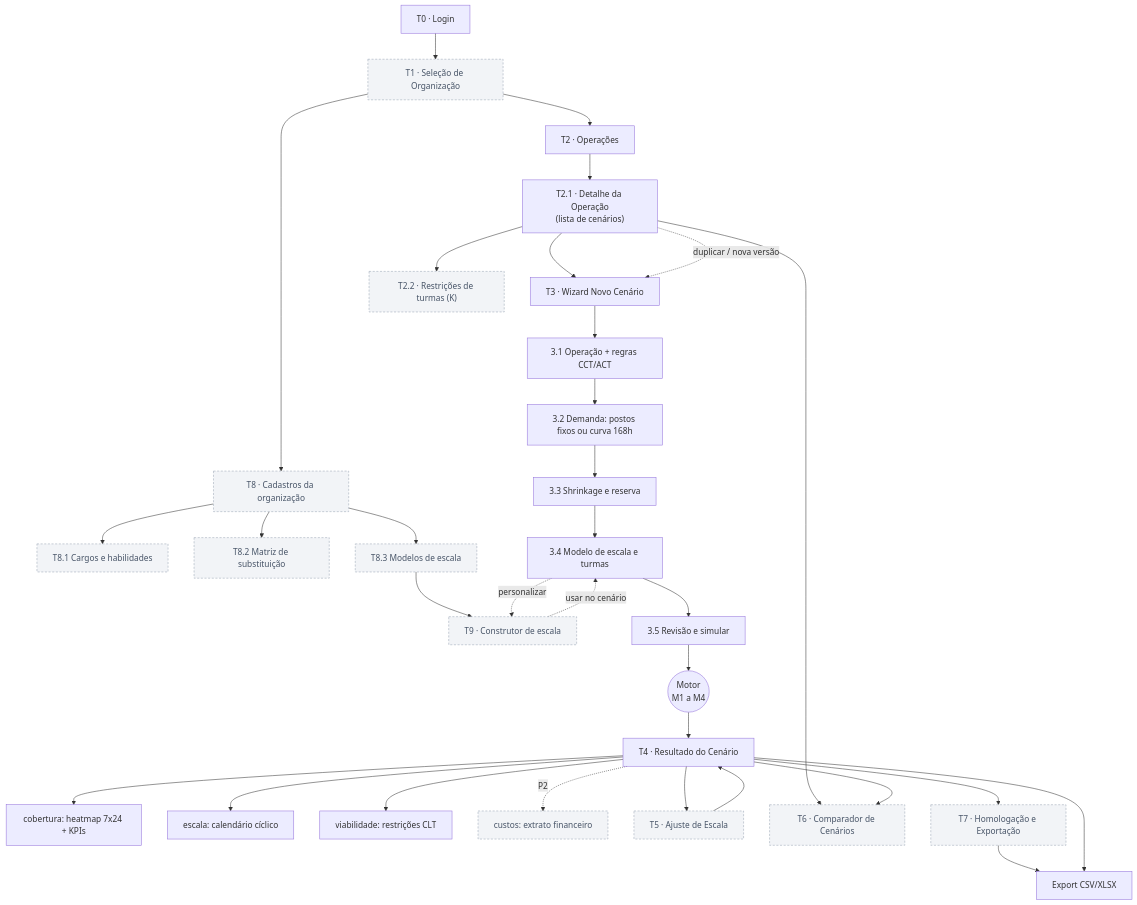
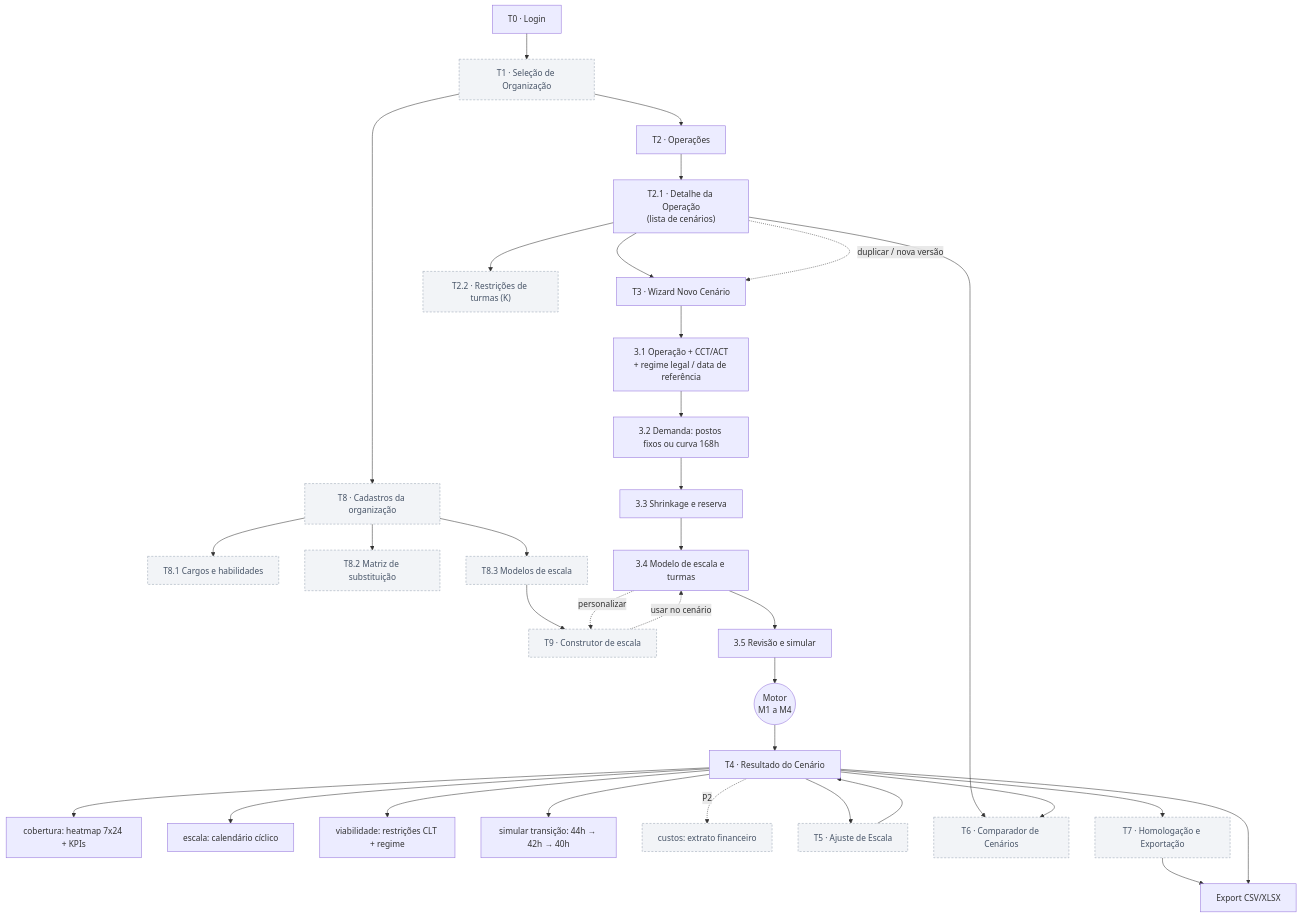
One commit to thgterto/Ferramentas-Web changed the first of 9 diagrams in docs/simulador-escalas/03-fluxo-do-app.md. Above: the diagram before and after it, drawn with Mermaid. The commit also changed other lines of this file and 6 other files, not shown here.

First line of the commit message:
docs: v3.4 - regras da transição pós-6x1 (regime legal versionado 44h/42h/40h)

````diff
--- a/docs/simulador-escalas/03-fluxo-do-app.md
+++ b/docs/simulador-escalas/03-fluxo-do-app.md
@@ -12,36 +12,37 @@
 ```mermaid
 flowchart TD
     L["T0 · Login"] --> ORG["T1 · Seleção de Organização"]
     ORG --> PROJ["T2 · Operações"]
     PROJ --> OP["T2.1 · Detalhe da Operação<br/>(lista de cenários)"]
     OP --> WIZ["T3 · Wizard Novo Cenário"]
     OP --> RK["T2.2 · Restrições de turmas (K)"]
     ORG --> CAD["T8 · Cadastros da organização"]
     CAD --> C1["T8.1 Cargos e habilidades"]
     CAD --> C2["T8.2 Matriz de substituição"]
     CAD --> C3["T8.3 Modelos de escala"]
     C3 --> CB["T9 · Construtor de escala"]
     W4 -. "personalizar" .-> CB
     CB -. "usar no cenário" .-> W4
-    WIZ --> W1["3.1 Operação + regras CCT/ACT"]
+    WIZ --> W1["3.1 Operação + CCT/ACT<br/>+ regime legal / data de referência"]
     W1 --> W2["3.2 Demanda: postos fixos ou curva 168h"]
     W2 --> W3["3.3 Shrinkage e reserva"]
     W3 --> W4["3.4 Modelo de escala e turmas"]
     W4 --> W5["3.5 Revisão e simular"]
     W5 --> CALC(("Motor<br/>M1 a M4"))
     CALC --> RES["T4 · Resultado do Cenário"]
     RES --> R1["cobertura: heatmap 7x24 + KPIs"]
     RES --> R2["escala: calendário cíclico"]
-    RES --> R3["viabilidade: restrições CLT"]
+    RES --> R3["viabilidade: restrições CLT + regime"]
+    RES --> R5["simular transição: 44h → 42h → 40h"]
     RES -. "P2" .-> R4["custos: extrato financeiro"]
     RES --> EDIT["T5 · Ajuste de Escala"]
     EDIT --> RES
     OP --> CMP["T6 · Comparador de Cenários"]
     RES --> CMP
     RES --> HOM["T7 · Homologação e Exportação"]
     HOM --> EXP1["Export CSV/XLSX"]
     RES --> EXP1
     OP -. "duplicar / nova versão" .-> WIZ
     classDef fase2 fill:#f2f4f7,stroke:#98a2b3,stroke-dasharray:4 3,color:#475467
     class ORG,RK,CAD,C1,C2,C3,CB,EDIT,CMP,HOM,R4 fase2
 ```
````
